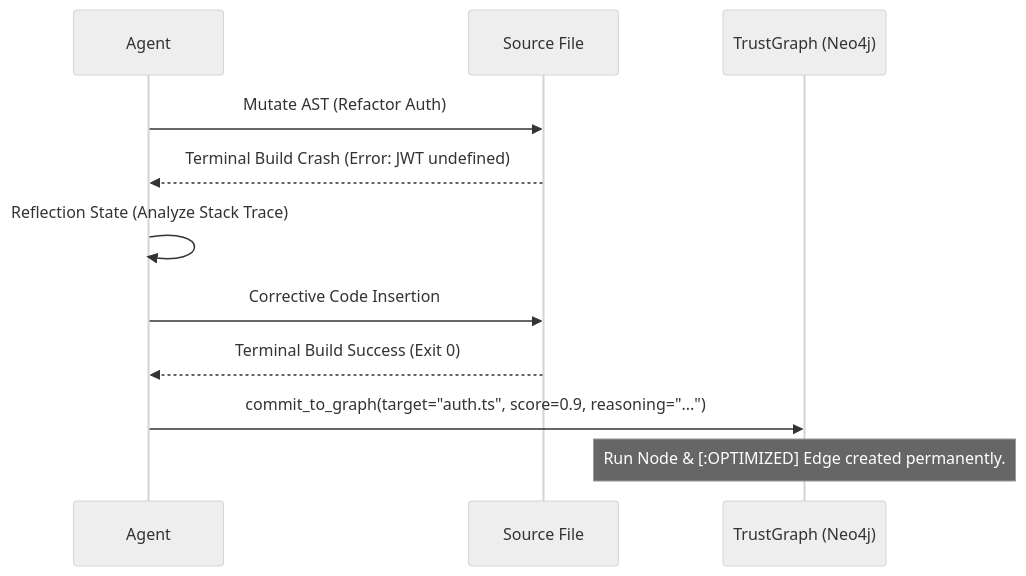
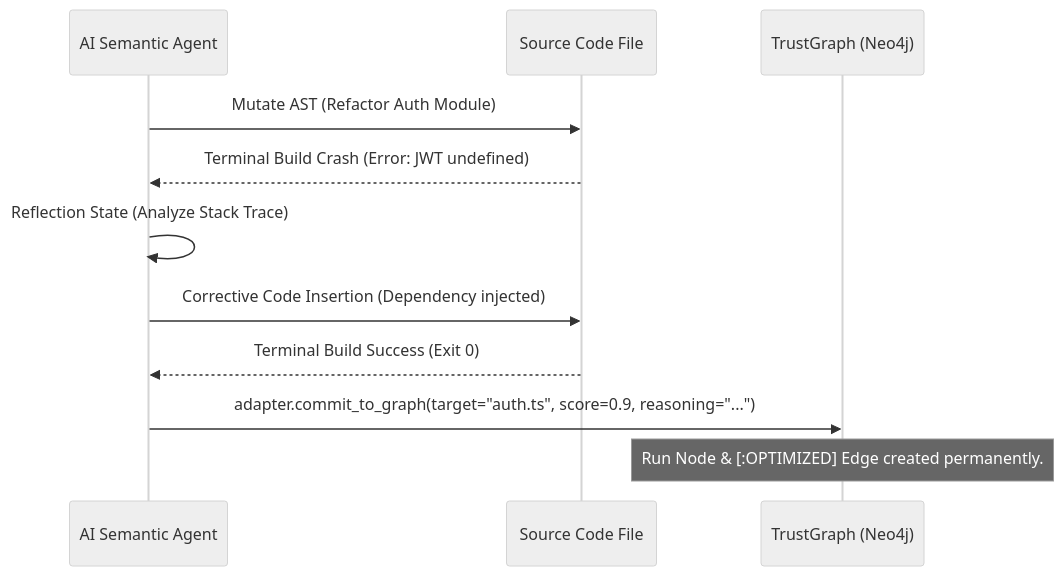
One commit to huudangdev/.agents changed the second of 3 diagrams in ACADEMIC_ARCHITECTURE.md. Above: the diagram before and after it, drawn with Mermaid (neutral theme). The commit also changed other lines of this file, not shown here.

Commit message:
docs(core): Major Mermaid Flowchart syntax fixes and profound academic expansion

````diff
--- a/ACADEMIC_ARCHITECTURE.md
+++ b/ACADEMIC_ARCHITECTURE.md
@@ -73,14 +75,14 @@
 ```mermaid
 sequenceDiagram
-    participant LLM as Agent
-    participant Code as Source File
+    participant LLM as AI Semantic Agent
+    participant Code as Source Code File
     participant DB as TrustGraph (Neo4j)
     
-    LLM->>Code: Mutate AST (Refactor Auth)
+    LLM->>Code: Mutate AST (Refactor Auth Module)
     Code-->>LLM: Terminal Build Crash (Error: JWT undefined)
     LLM->>LLM: Reflection State (Analyze Stack Trace)
-    LLM->>Code: Corrective Code Insertion
+    LLM->>Code: Corrective Code Insertion (Dependency injected)
     Code-->>LLM: Terminal Build Success (Exit 0)
-    LLM->>DB: commit_to_graph(target="auth.ts", score=0.9, reasoning="...")
+    LLM->>DB: adapter.commit_to_graph(target="auth.ts", score=0.9, reasoning="...")
     Note over DB: Run Node & [:OPTIMIZED] Edge created permanently.
 ```
````
